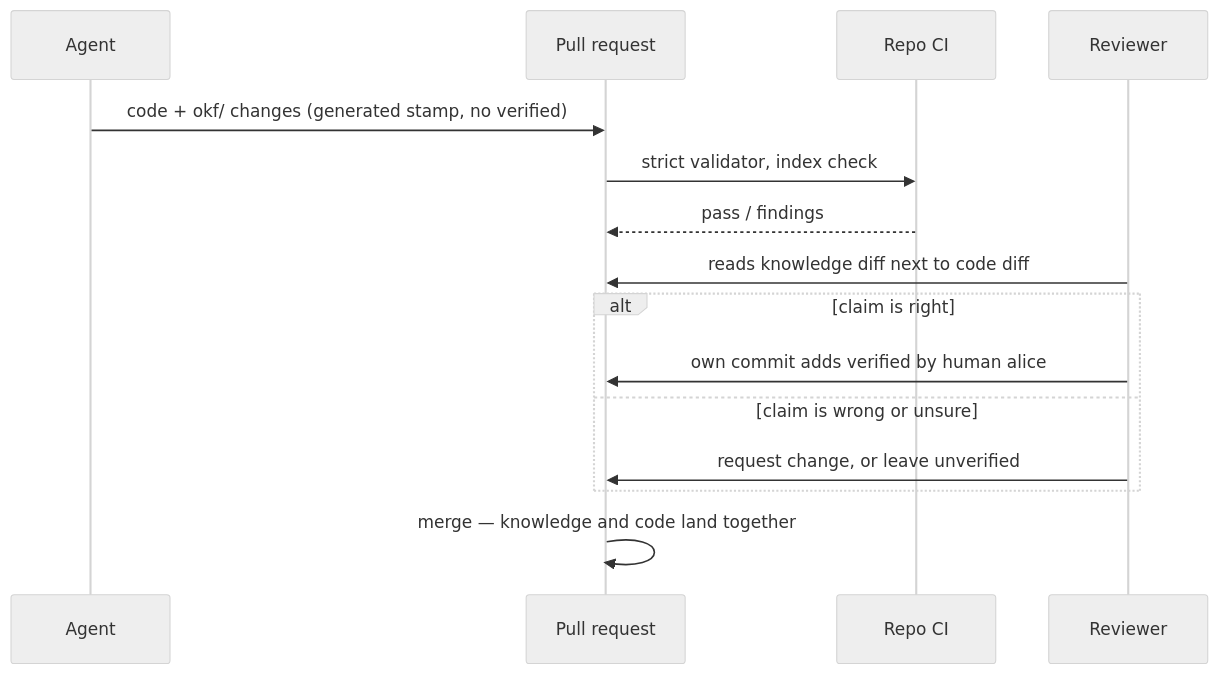
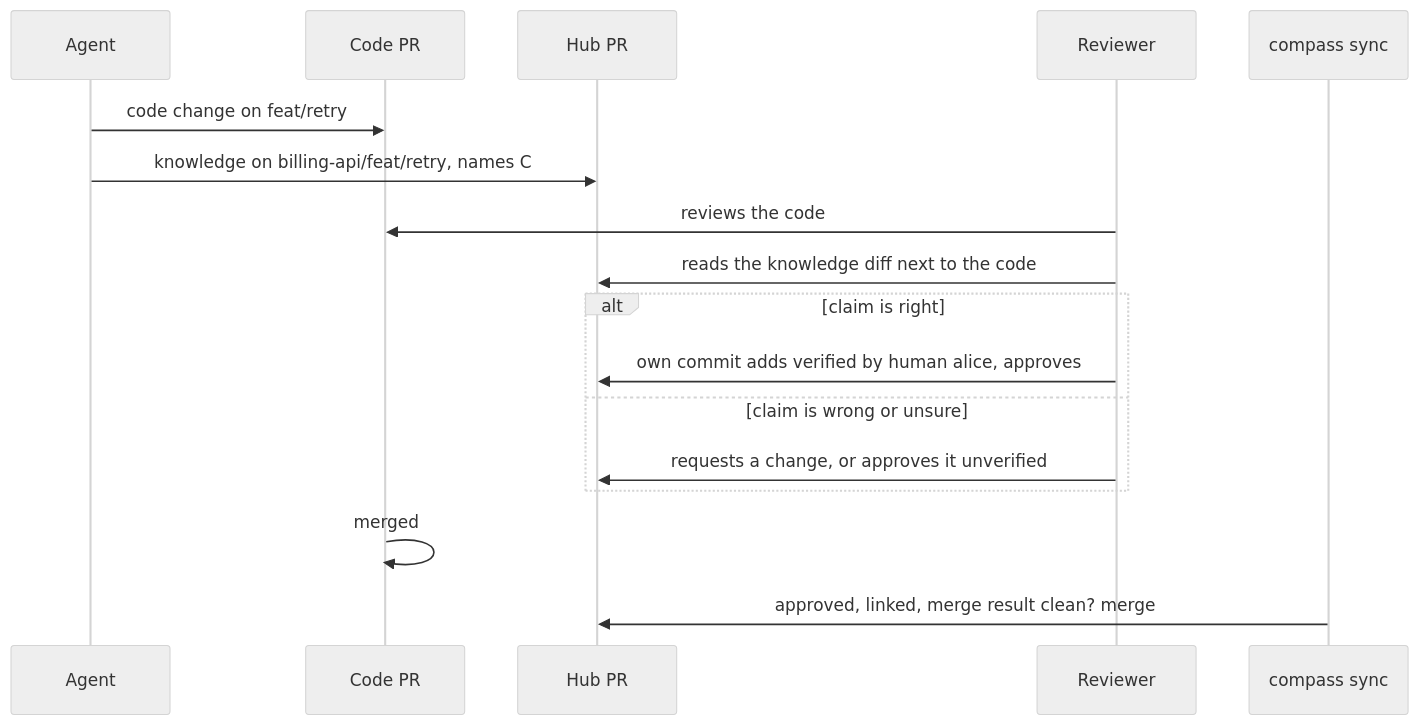
The second of 4 diagrams in docs/design/okf-knowledge-system-ux.md (tuan-nng/compass), drawn with Mermaid (neutral theme) before and after one commit. The commit also changed other lines of this file and 88 other files, not shown here.

````diff
--- a/docs/design/okf-knowledge-system-ux.md
+++ b/docs/design/okf-knowledge-system-ux.md
@@ -246,17 +247,19 @@
 ```mermaid
 sequenceDiagram
   participant A as Agent
-  participant PR as Pull request
-  participant CI as Repo CI
+  participant C as Code PR
+  participant H as Hub PR
   participant R as Reviewer
-  A->>PR: code + okf/ changes (generated stamp, no verified)
-  PR->>CI: strict validator, index check
-  CI-->>PR: pass / findings
-  R->>PR: reads knowledge diff next to code diff
+  participant S as compass sync
+  A->>C: code change on feat/retry
+  A->>H: knowledge on billing-api/feat/retry, names C
+  R->>C: reviews the code
+  R->>H: reads the knowledge diff next to the code
   alt claim is right
-    R->>PR: own commit adds verified by human alice
+    R->>H: own commit adds verified by human alice, approves
   else claim is wrong or unsure
-    R->>PR: request change, or leave unverified
+    R->>H: requests a change, or approves it unverified
   end
-  PR->>PR: merge — knowledge and code land together
+  C->>C: merged
+  S->>H: approved, linked, merge result clean? merge
 ```
````
